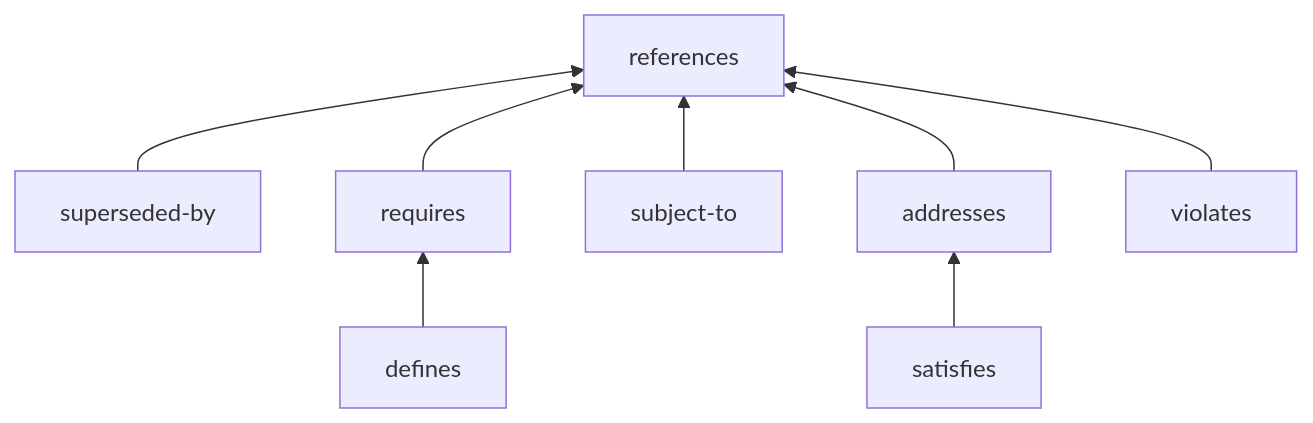
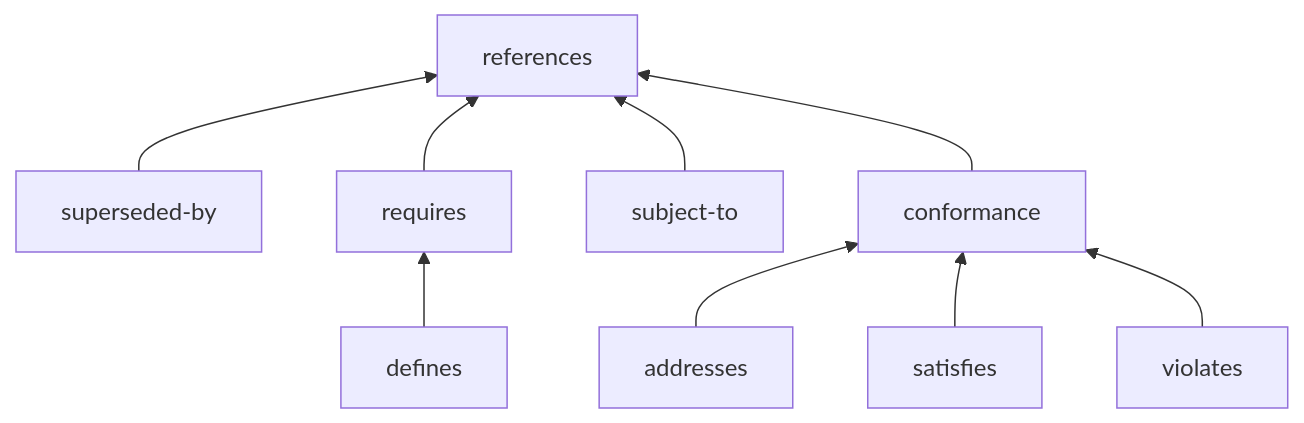
One commit to gastownhall/bdp changed the seventh of 7 diagrams in specs/types/memory/memory.md. Above: the diagram before and after it, drawn with Mermaid. The commit also changed other lines of this file and 5 other files, not shown here.

````diff
--- a/specs/types/memory/memory.md
+++ b/specs/types/memory/memory.md
@@ -429,10 +516,11 @@
 ```mermaid
 flowchart BT
     superseded_by["superseded-by"] --> references
     defines --> requires
     requires --> references
     subject_to["subject-to"] --> references
-    addresses --> references
-    satisfies --> addresses
-    violates --> references
+    conformance --> references
+    addresses --> conformance
+    satisfies --> conformance
+    violates --> conformance
 ```
````
